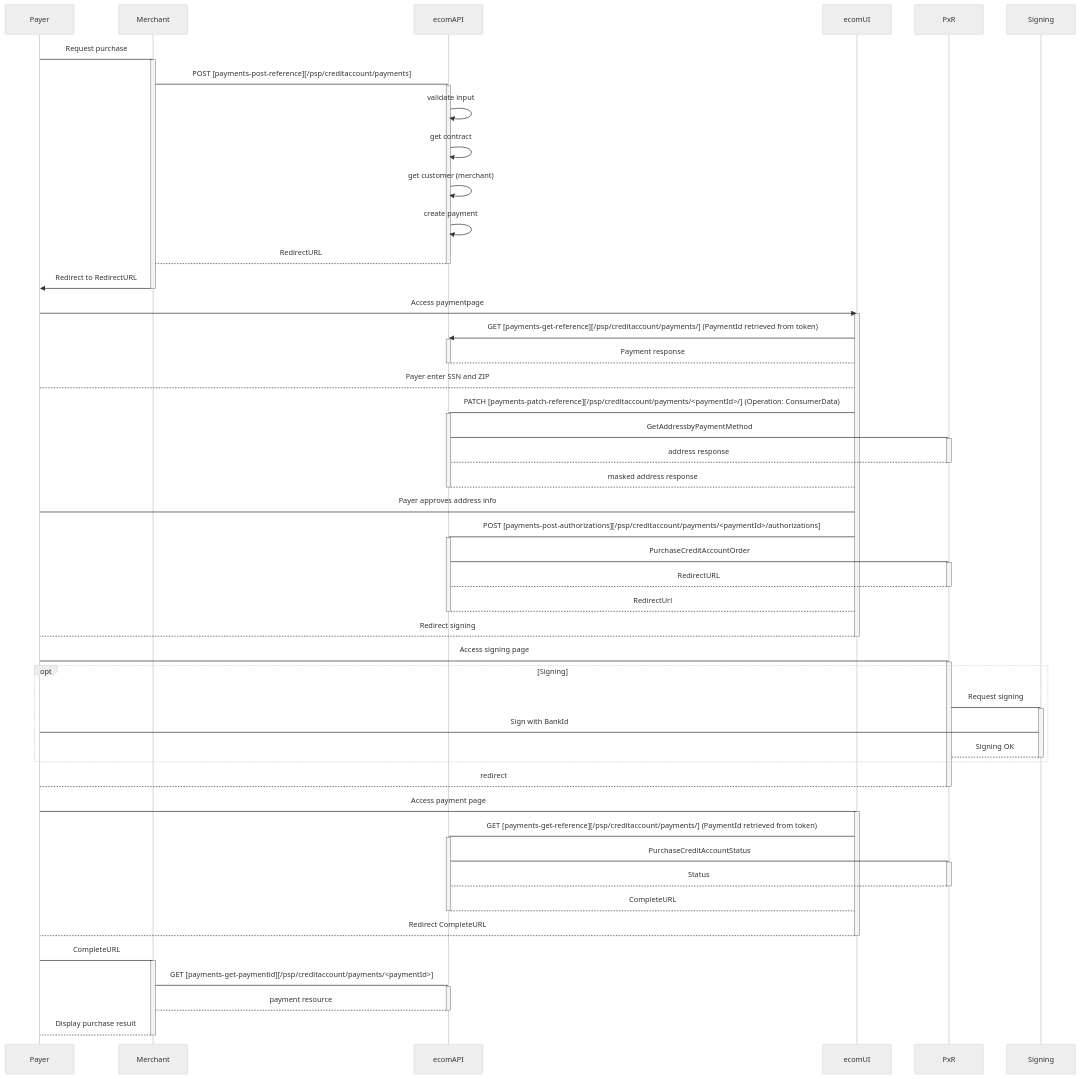
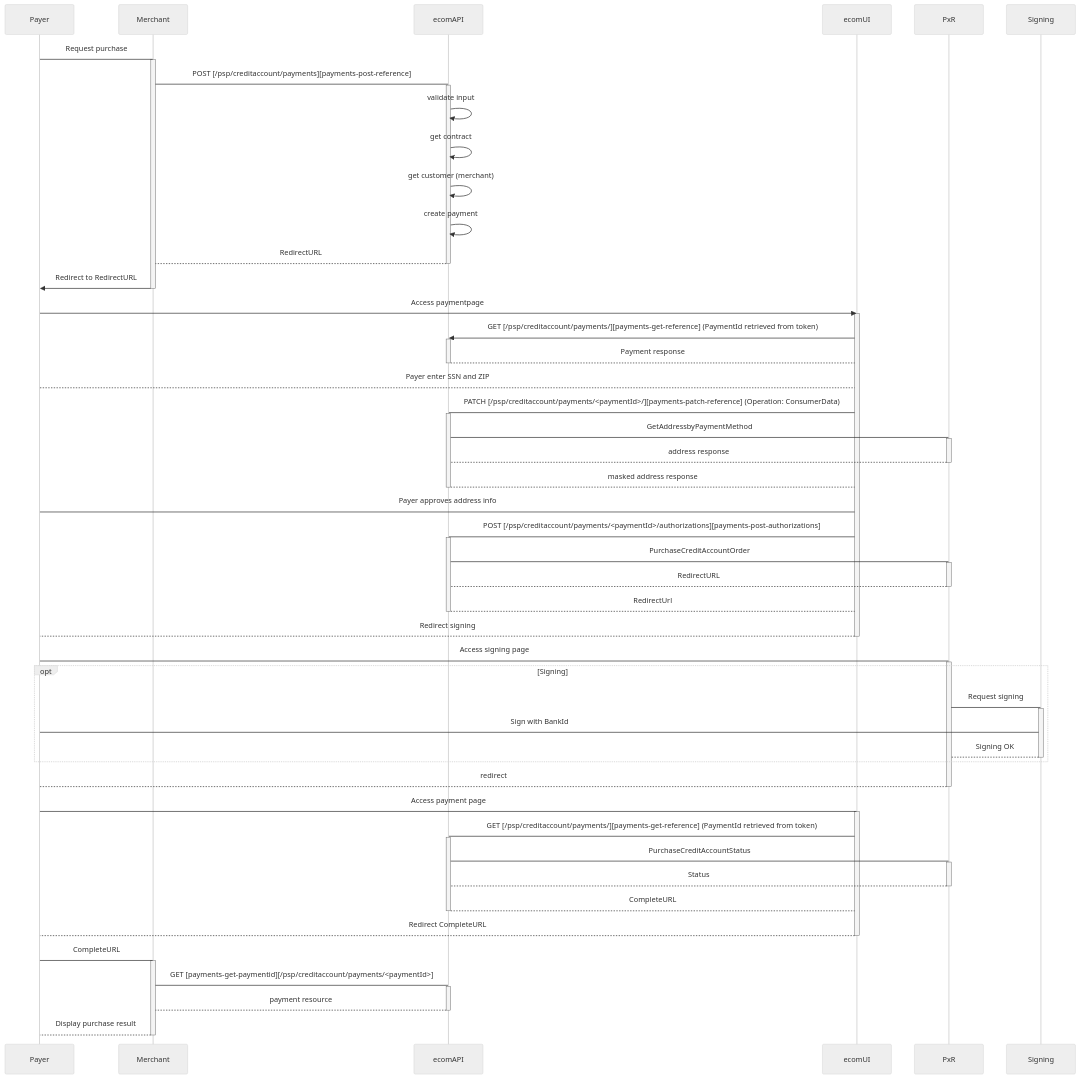
One commit to SwedbankPay/developer.swedbankpay.com changed the first of 2 diagrams in payments/credit-account/payment.md. Above: the diagram before and after it, drawn with Mermaid (neutral theme). The commit also changed other lines of this file and 6 other files, not shown here.

Commit message:
dx-119 updated links and diagrams in invoice file

````diff
--- a/payments/credit-account/payment.md
+++ b/payments/credit-account/payment.md
@@ -41,80 +41,80 @@
 ```mermaid
 sequenceDiagram
   Payer -> Merchant: Request purchase
   activate Merchant
-  Merchant -> ecomAPI: POST [payments-post-reference][/psp/creditaccount/payments]
+  Merchant -> ecomAPI: POST [/psp/creditaccount/payments][payments-post-reference]
   activate ecomAPI
       ecomAPI ->> ecomAPI: validate input
       ecomAPI ->> ecomAPI: get contract
       ecomAPI ->> ecomAPI: get customer (merchant)
       ecomAPI ->> ecomAPI: create payment
       ecomAPI --> Merchant: RedirectURL
   deactivate ecomAPI
   Merchant ->> Payer: Redirect to RedirectURL
   deactivate Merchant
 
   Payer ->> ecomUI: Access paymentpage
     activate ecomUI
-    ecomUI ->> ecomAPI: GET [payments-get-reference][/psp/creditaccount/payments/] (PaymentId retrieved from token)
+    ecomUI ->> ecomAPI: GET [/psp/creditaccount/payments/][payments-get-reference] (PaymentId retrieved from token)
     activate ecomAPI
     ecomAPI --> ecomUI: Payment response
     deactivate ecomAPI
     Payer --> ecomUI: Payer enter SSN and ZIP
-    ecomUI -> ecomAPI: PATCH [payments-patch-reference][/psp/creditaccount/payments/<paymentId>/] (Operation: ConsumerData)
+    ecomUI -> ecomAPI: PATCH [/psp/creditaccount/payments/<paymentId>/][payments-patch-reference] (Operation: ConsumerData)
     activate ecomAPI
     ecomAPI -> PxR: GetAddressbyPaymentMethod
     activate PxR
     PxR --> ecomAPI: address response
     deactivate PxR
     ecomAPI --> ecomUI: masked address response
     deactivate ecomAPI
 
     Payer -> ecomUI: Payer approves address info
 
-    ecomUI -> ecomAPI: POST [payments-post-authorizations][/psp/creditaccount/payments/<paymentId>/authorizations]
+    ecomUI -> ecomAPI: POST [/psp/creditaccount/payments/<paymentId>/authorizations][payments-post-authorizations]
     activate ecomAPI
     ecomAPI -> PxR: PurchaseCreditAccountOrder
         activate PxR
         PxR --> ecomAPI: RedirectURL
         deactivate PxR
     ecomAPI --> ecomUI: RedirectUrl
     deactivate ecomAPI
 
     ecomUI --> Payer: Redirect signing
     deactivate ecomUI
     Payer -> PxR: Access signing page
     activate PxR
     opt Signing
         PxR -> Signing: Request signing
         activate Signing
         Payer -> Signing: Sign with BankId
     Signing-->PxR: Signing OK
     deactivate Signing
     end
     PxR-->Payer: redirect
     deactivate PxR
 
     Payer -> ecomUI: Access payment page
     activate ecomUI
 
-    ecomUI -> ecomAPI: GET [payments-get-reference][/psp/creditaccount/payments/] (PaymentId retrieved from token)
+    ecomUI -> ecomAPI: GET [/psp/creditaccount/payments/][payments-get-reference] (PaymentId retrieved from token)
     activate ecomAPI
     ecomAPI -> PxR: PurchaseCreditAccountStatus
     activate PxR
     PxR --> ecomAPI: Status
     deactivate PxR
 
     ecomAPI --> ecomUI: CompleteURL
     deactivate ecomAPI
     ecomUI --> Payer: Redirect CompleteURL
     deactivate ecomUI
   Payer -> Merchant: CompleteURL
 
   activate Merchant
   Merchant -> ecomAPI: GET [payments-get-paymentid][/psp/creditaccount/payments/<paymentId>]
   activate ecomAPI
   ecomAPI --> Merchant: payment resource
   deactivate ecomAPI
   Merchant --> Payer: Display purchase result
   deactivate Merchant
 ```
````
